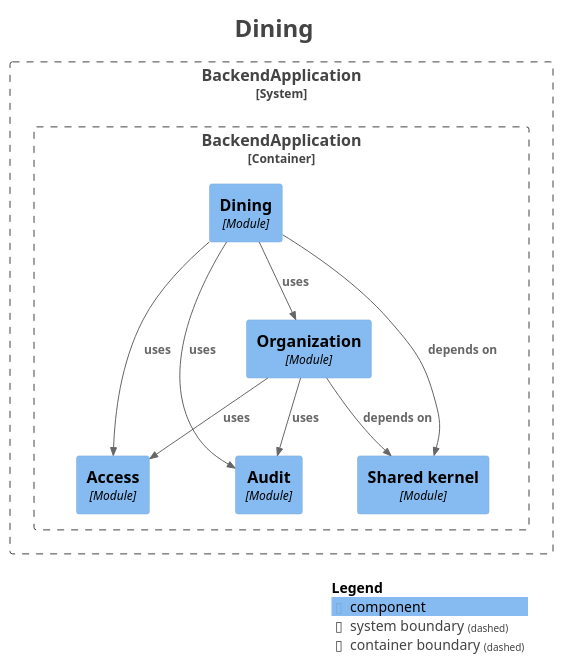
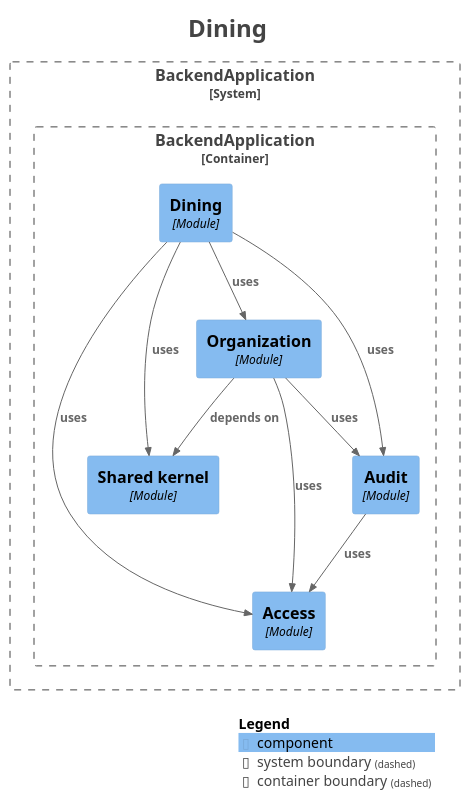
One commit to fxavier/restaurantePRO changed the diagram in docs/architecture/modules/module-dining.puml. Above: the diagram before and after it, drawn with PlantUML. The commit also changed 23 other files, not shown here.

First line of the commit message:
docs(architecture): regenerate the module documentation for R2

```diff
--- a/docs/architecture/modules/module-dining.puml
+++ b/docs/architecture/modules/module-dining.puml
@@ -1,39 +1,40 @@
 @startuml
 title <size:24>Dining</size>
 
 set separator none
 top to bottom direction
 
 <style>
   root {
     BackgroundColor: #ffffff
     FontColor: #444444
   }
 </style>
 
 !include <C4/C4>
 !include <C4/C4_Context>
 !include <C4/C4_Component>
 
 System_Boundary("BackendApplication_boundary", "BackendApplication", $tags="") {
   Container_Boundary("BackendApplication.BackendApplication_boundary", "BackendApplication", $tags="") {
     Component(BackendApplication.BackendApplication.Access, "Access", $techn="Module", $descr="", $tags="", $link="")
+    Component(BackendApplication.BackendApplication.Sharedkernel, "Shared kernel", $techn="Module", $descr="", $tags="", $link="")
     Component(BackendApplication.BackendApplication.Audit, "Audit", $techn="Module", $descr="", $tags="", $link="")
-    Component(BackendApplication.BackendApplication.Sharedkernel, "Shared kernel", $techn="Module", $descr="", $tags="", $link="")
     Component(BackendApplication.BackendApplication.Organization, "Organization", $techn="Module", $descr="", $tags="", $link="")
     Component(BackendApplication.BackendApplication.Dining, "Dining", $techn="Module", $descr="", $tags="", $link="")
   }
 
 }
 
+Rel(BackendApplication.BackendApplication.Audit, BackendApplication.BackendApplication.Access, "uses", $techn="", $tags="", $link="")
+Rel(BackendApplication.BackendApplication.Dining, BackendApplication.BackendApplication.Access, "uses", $techn="", $tags="", $link="")
+Rel(BackendApplication.BackendApplication.Dining, BackendApplication.BackendApplication.Sharedkernel, "uses", $techn="", $tags="", $link="")
+Rel(BackendApplication.BackendApplication.Dining, BackendApplication.BackendApplication.Audit, "uses", $techn="", $tags="", $link="")
+Rel(BackendApplication.BackendApplication.Dining, BackendApplication.BackendApplication.Organization, "uses", $techn="", $tags="", $link="")
 Rel(BackendApplication.BackendApplication.Organization, BackendApplication.BackendApplication.Sharedkernel, "depends on", $techn="", $tags="", $link="")
 Rel(BackendApplication.BackendApplication.Organization, BackendApplication.BackendApplication.Audit, "uses", $techn="", $tags="", $link="")
 Rel(BackendApplication.BackendApplication.Organization, BackendApplication.BackendApplication.Access, "uses", $techn="", $tags="", $link="")
-Rel(BackendApplication.BackendApplication.Dining, BackendApplication.BackendApplication.Sharedkernel, "depends on", $techn="", $tags="", $link="")
-Rel(BackendApplication.BackendApplication.Dining, BackendApplication.BackendApplication.Audit, "uses", $techn="", $tags="", $link="")
-Rel(BackendApplication.BackendApplication.Dining, BackendApplication.BackendApplication.Access, "uses", $techn="", $tags="", $link="")
-Rel(BackendApplication.BackendApplication.Dining, BackendApplication.BackendApplication.Organization, "uses", $techn="", $tags="", $link="")
 
 SHOW_LEGEND(true)
 hide stereotypes
 @enduml
```
